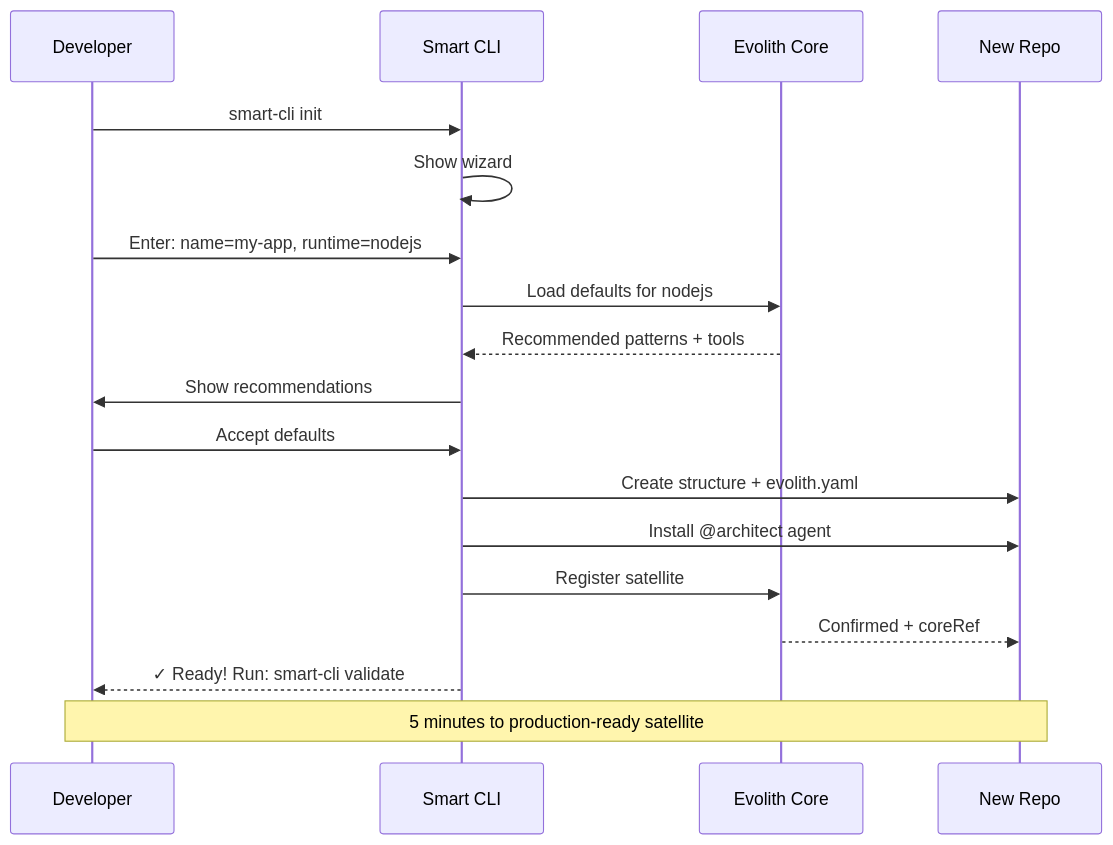
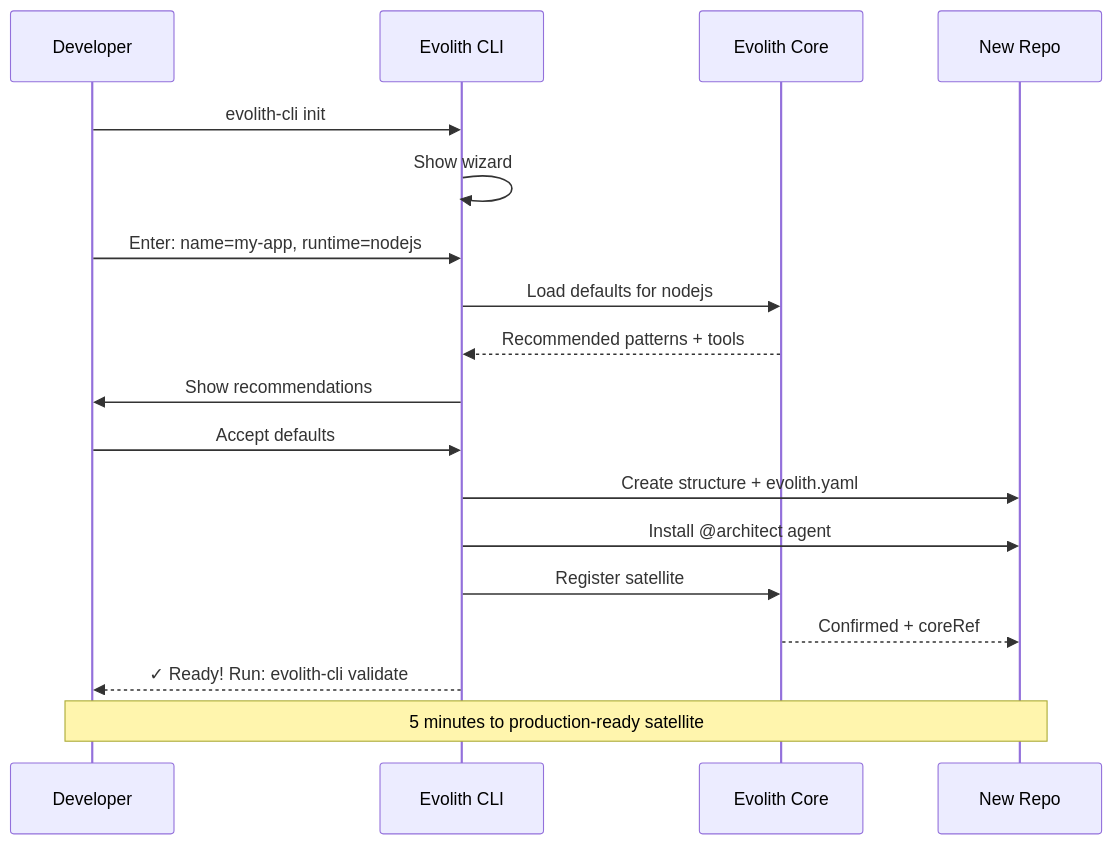
The fifth of 8 diagrams in product/products/smart-cli/docs/VISION.md (beyondnetcode/evolith_arch32), drawn with Mermaid before and after one commit. The commit also changed other lines of this file and 195 other files, not shown here.

First line of the commit message:
refactor(brand): align "Smart CLI" → "Evolith CLI" across docs, code, npm, and assemblies

````diff
--- a/product/products/smart-cli/docs/VISION.md
+++ b/product/products/smart-cli/docs/VISION.md
@@ -247,22 +247,22 @@
 ```mermaid
 sequenceDiagram
     participant Dev as Developer
-    participant CLI as Smart CLI
+    participant CLI as Evolith CLI
     participant Core as Evolith Core
     participant Repo as New Repo
 
-    Dev->>CLI: smart-cli init
+    Dev->>CLI: evolith-cli init
     CLI->>CLI: Show wizard
     Dev->>CLI: Enter: name=my-app, runtime=nodejs
     CLI->>Core: Load defaults for nodejs
     Core-->>CLI: Recommended patterns + tools
     CLI->>Dev: Show recommendations
     Dev->>CLI: Accept defaults
     CLI->>Repo: Create structure + evolith.yaml
     CLI->>Repo: Install @architect agent
     CLI->>Core: Register satellite
     Core-->>Repo: Confirmed + coreRef
-    CLI-->>Dev: ✓ Ready! Run: smart-cli validate
+    CLI-->>Dev: ✓ Ready! Run: evolith-cli validate
 
     Note over Dev,Repo: 5 minutes to production-ready satellite
 ```
````
